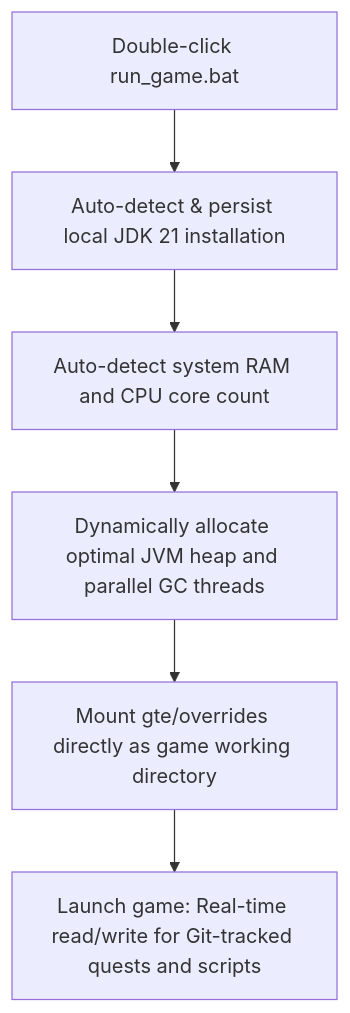
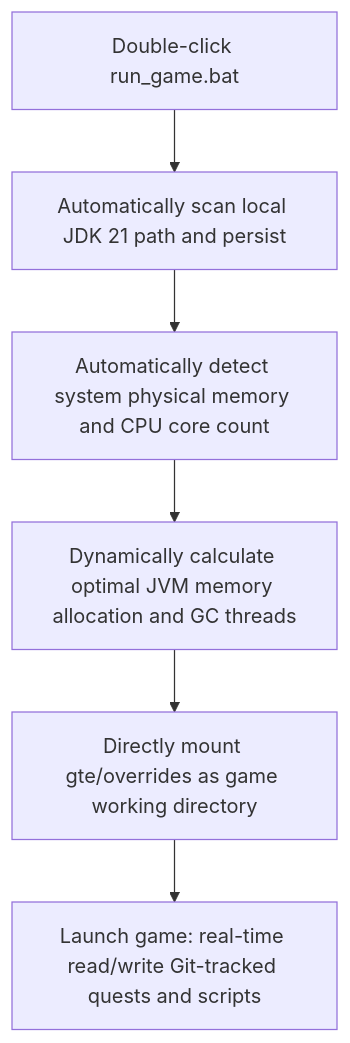
One commit to takanashisatou/GregtechEasy changed the diagram in docs/en/development/runtime-and-launchers.md. Above: the diagram before and after it, drawn with Mermaid. The commit also changed other lines of this file and 162 other files, not shown here.

````diff
--- a/docs/en/development/runtime-and-launchers.md
+++ b/docs/en/development/runtime-and-launchers.md
@@ -11,8 +11,8 @@
 ```mermaid
 graph TD
-    A[Double-click run_game.bat] --> B[Auto-detect & persist local JDK 21 installation]
-    B --> C[Auto-detect system RAM and CPU core count]
-    C --> D[Dynamically allocate optimal JVM heap and parallel GC threads]
-    D --> E[Mount gte/overrides directly as game working directory]
-    E --> F[Launch game: Real-time read/write for Git-tracked quests and scripts]
+    A[Double-click run_game.bat] --> B[Automatically scan local JDK 21 path and persist]
+    B --> C[Automatically detect system physical memory and CPU core count]
+    C --> D[Dynamically calculate optimal JVM memory allocation and GC threads]
+    D --> E[Directly mount gte/overrides as game working directory]
+    E --> F[Launch game: real-time read/write Git-tracked quests and scripts]
 ```
````
